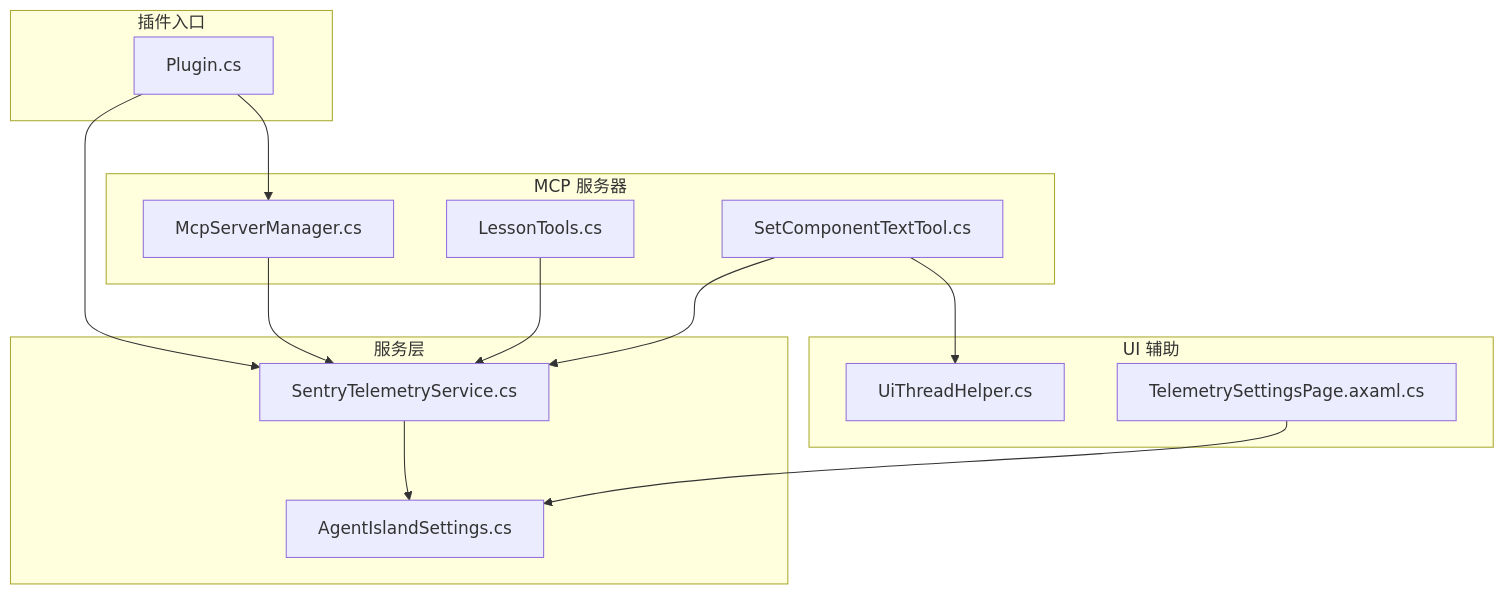
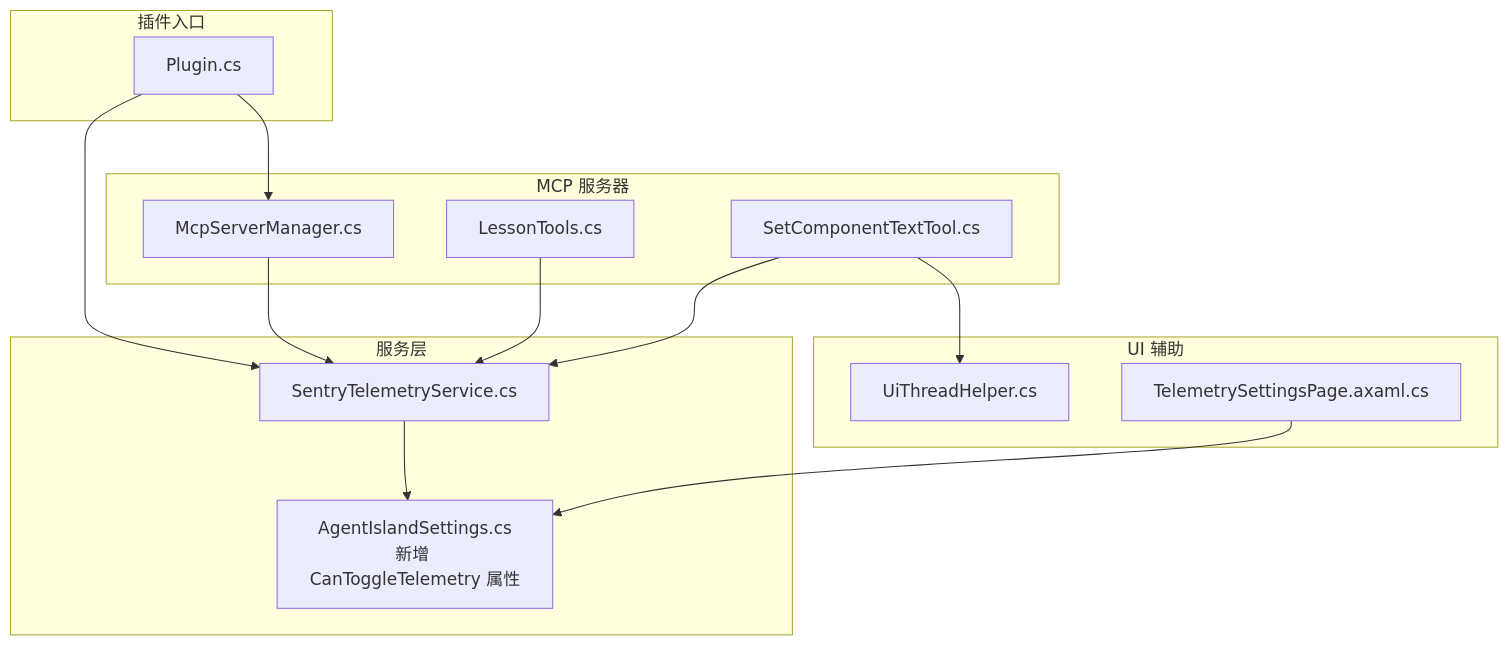
Before and after one commit to ShihaoShenDev/AgentIsland: the first of 7 diagrams in .qoder/repowiki/zh/content/遥测和监控.md, drawn with Mermaid. The commit also changed other lines of this file and 54 other files, not shown here.

Commit message:
docs: restructure repowiki docs, add overview/settings pages, refresh telemetry docs and build scripts

````diff
--- a/.qoder/repowiki/zh/content/遥测和监控.md
+++ b/.qoder/repowiki/zh/content/遥测和监控.md
@@ -42,27 +51,27 @@
 ```mermaid
 graph TB
 subgraph "插件入口"
 Plugin["Plugin.cs"]
 end
 subgraph "服务层"
 Telemetry["SentryTelemetryService.cs"]
-Settings["AgentIslandSettings.cs"]
+Settings["AgentIslandSettings.cs<br/>新增 CanToggleTelemetry 属性"]
 end
 subgraph "MCP 服务器"
 McpMgr["McpServerManager.cs"]
 LessonTools["LessonTools.cs"]
 SetCompText["SetComponentTextTool.cs"]
 end
 subgraph "UI 辅助"
 UiHelper["UiThreadHelper.cs"]
 TelemetryPage["TelemetrySettingsPage.axaml.cs"]
 end
 Plugin --> Telemetry
 Plugin --> McpMgr
 Telemetry --> Settings
 McpMgr --> Telemetry
 LessonTools --> Telemetry
 SetCompText --> Telemetry
 SetCompText --> UiHelper
 TelemetryPage --> Settings
 ```
````
